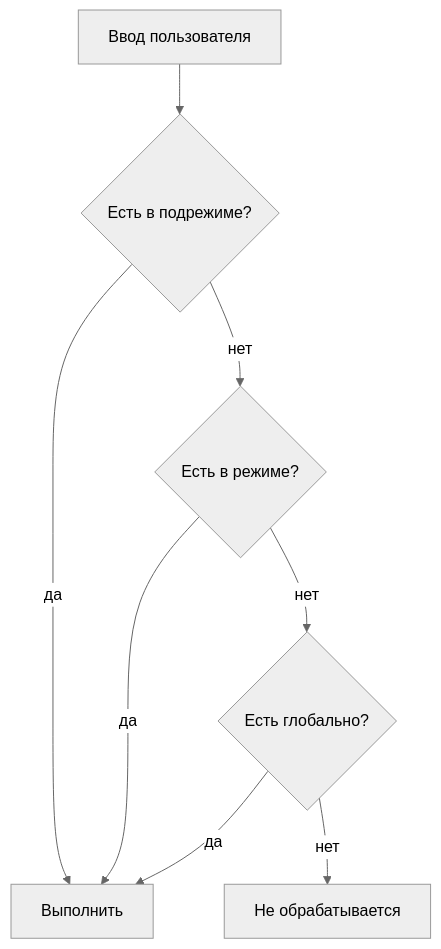
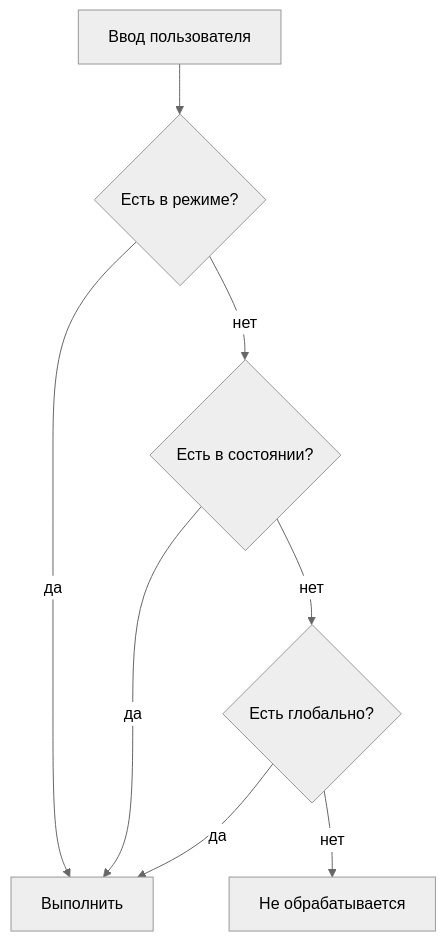
The second of 2 diagrams in docs/Ru/command-system.md (Chasper-1/Claxis), drawn with Mermaid (neutral theme) before and after one commit. The commit also changed other lines of this file and 6 other files, not shown here.

````diff
--- a/docs/Ru/command-system.md
+++ b/docs/Ru/command-system.md
@@ -122,10 +125,10 @@
 ```mermaid
 flowchart TD
-    P[Ввод пользователя] --> S{Есть в подрежиме?}
+    P[Ввод пользователя] --> S{Есть в режиме?}
     S -- да --> X[Выполнить]
-    S -- нет --> M{Есть в режиме?}
+    S -- нет --> M{Есть в состоянии?}
     M -- да --> X
     M -- нет --> G{Есть глобально?}
     G -- да --> X
     G -- нет --> N[Не обрабатывается]
 ```
````
